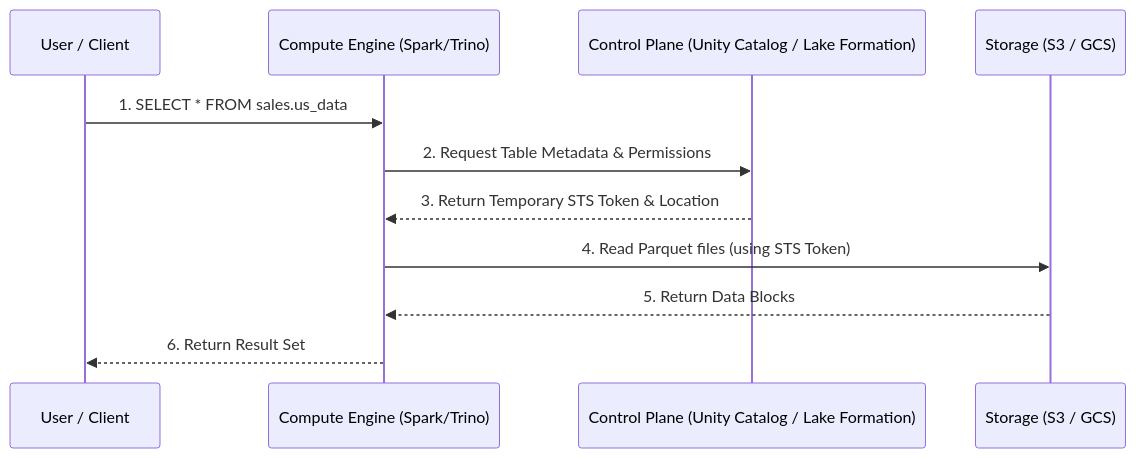
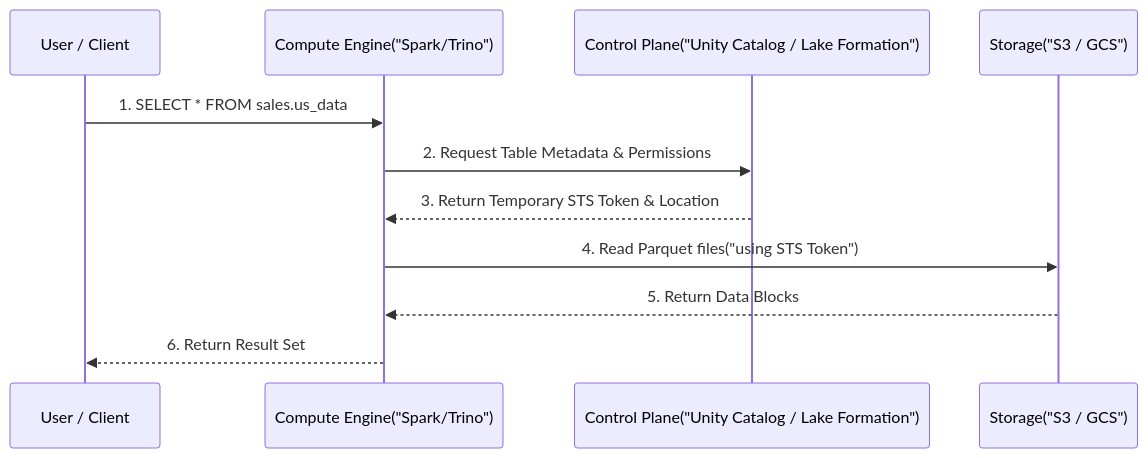
Before and after one commit to kythuatdulieu/kythuatdulieu.github.io: the diagram in src/content/docs/concepts/8-security-governance-finops/data-governance.md, drawn with Mermaid. The commit also changed 190 other files, not shown here.

Commit message:
fix: resolve mermaid syntax, math rendering, and metadata issues from content rewrite

````diff
--- a/src/content/docs/concepts/8-security-governance-finops/data-governance.md
+++ b/src/content/docs/concepts/8-security-governance-finops/data-governance.md
@@ -28,14 +28,14 @@
 ```mermaid
 sequenceDiagram
     participant U as User / Client
-    participant C as Compute Engine (Spark/Trino)
-    participant CP as Control Plane (Unity Catalog / Lake Formation)
-    participant S as Storage (S3 / GCS)
+    participant C as Compute Engine("Spark/Trino")
+    participant CP as Control Plane("Unity Catalog / Lake Formation")
+    participant S as Storage("S3 / GCS")
 
     U->>C: 1. SELECT * FROM sales.us_data
     C->>CP: 2. Request Table Metadata & Permissions
     CP-->>C: 3. Return Temporary STS Token & Location
-    C->>S: 4. Read Parquet files (using STS Token)
+    C->>S: 4. Read Parquet files("using STS Token")
     S-->>C: 5. Return Data Blocks
     C-->>U: 6. Return Result Set
 ```
````
